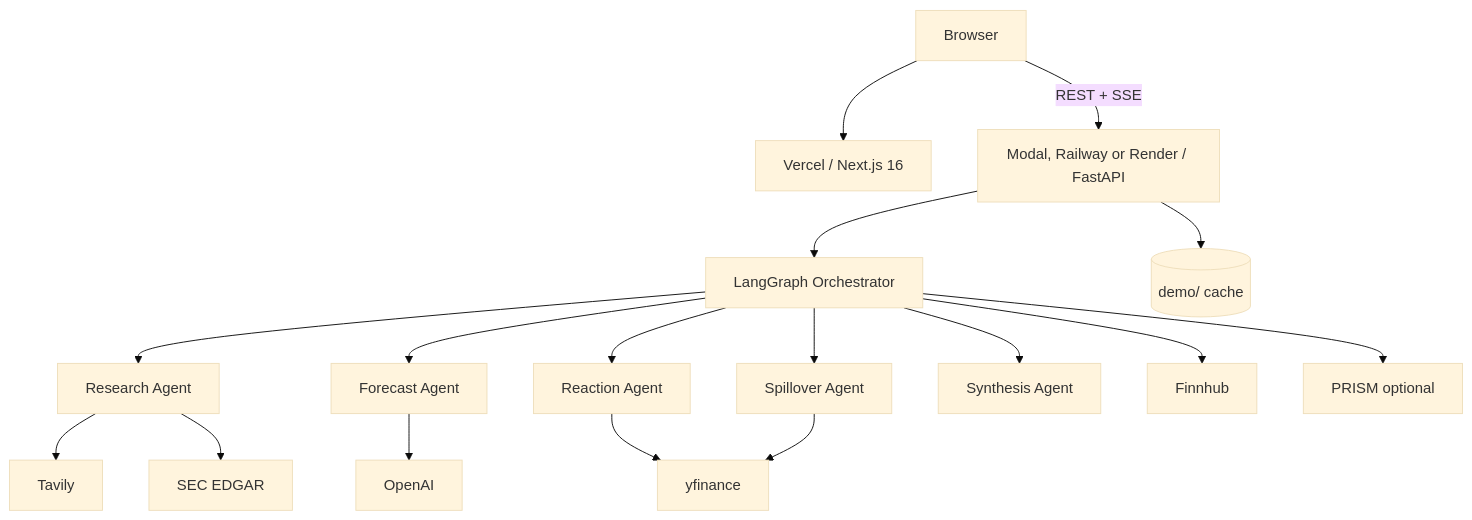
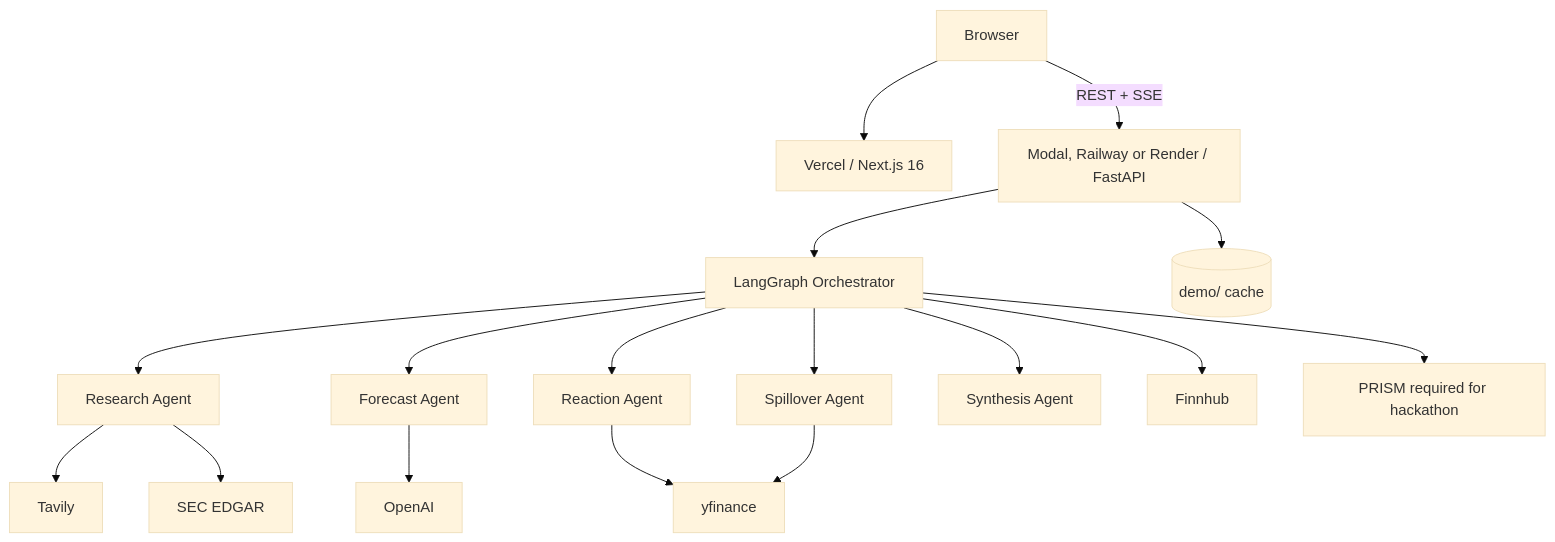
One commit to omkargadute/EarningsPulse changed the diagram in docs/DEPLOYMENT.md. Above: the diagram before and after it, drawn with Mermaid (base theme). The commit also changed other lines of this file and 10 other files, not shown here.

First line of the commit message:
Require Prism for the hackathon and harden sync fallback.

````diff
--- a/docs/DEPLOYMENT.md
+++ b/docs/DEPLOYMENT.md
@@ -29,19 +29,19 @@
 ```mermaid
 flowchart TB
   User[Browser] --> Vercel[Vercel / Next.js 16]
   User -->|REST + SSE| API[Modal, Railway or Render / FastAPI]
   API --> Orchestrator[LangGraph Orchestrator]
   Orchestrator --> Research[Research Agent]
   Orchestrator --> Forecast[Forecast Agent]
   Orchestrator --> Reaction[Reaction Agent]
   Orchestrator --> Spillover[Spillover Agent]
   Orchestrator --> Synthesis[Synthesis Agent]
   Research --> Tavily[Tavily]
   Research --> EDGAR[SEC EDGAR]
   Forecast --> OpenAI[OpenAI]
   Reaction --> YF[yfinance]
   Spillover --> YF
   Orchestrator --> Finnhub[Finnhub]
-  Orchestrator --> PRISM[PRISM optional]
+  Orchestrator --> PRISM[PRISM required for hackathon]
   API --> DemoCache[(demo/ cache)]
 ```
````
